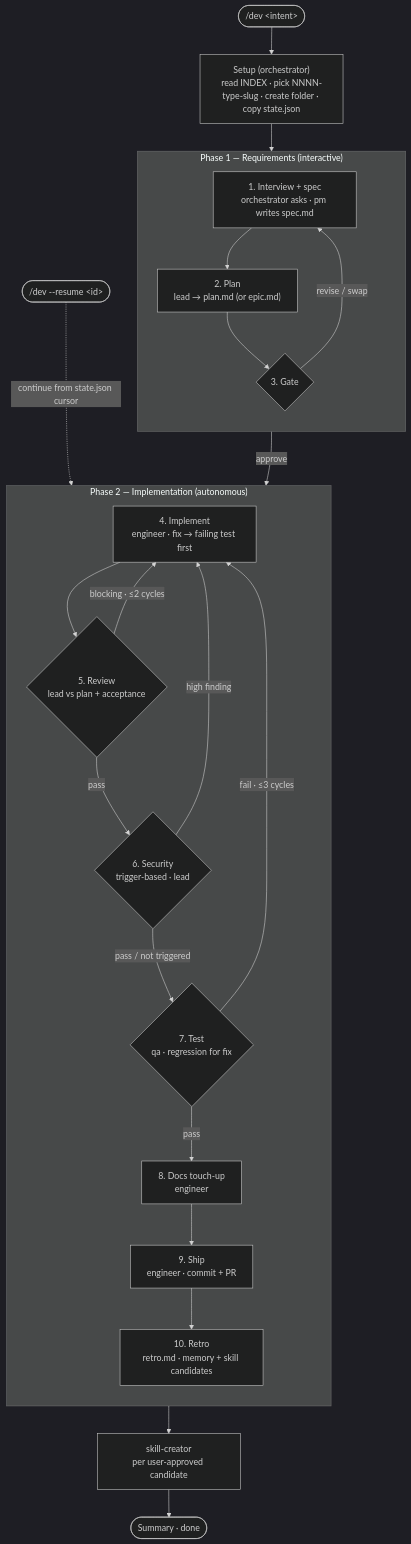
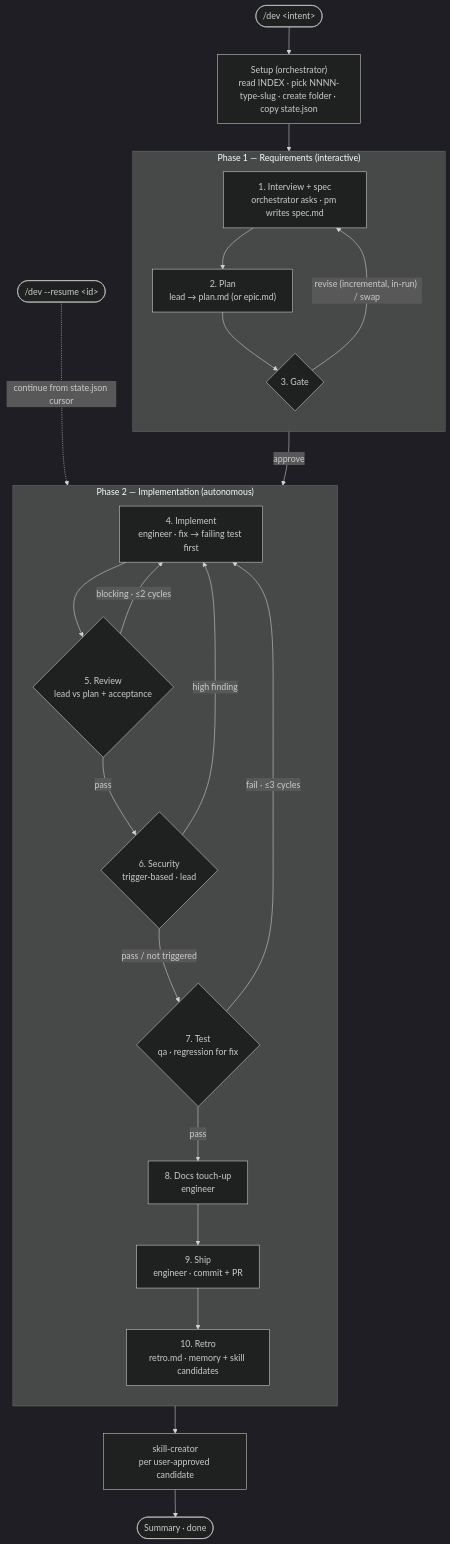
One commit to Maximumsoft-Co-LTD/claude-foundation changed the diagram in WORKFLOW.md. Above: the diagram before and after it, drawn with Mermaid (dark theme). The commit also changed other lines of this file and 37 other files, not shown here.

````diff
--- a/WORKFLOW.md
+++ b/WORKFLOW.md
@@ -11,40 +11,40 @@
 ```mermaid
 flowchart TD
     Start(["/dev &lt;intent&gt;"]) --> Setup["Setup (orchestrator)<br/>read INDEX · pick NNNN-type-slug · create folder · copy state.json"]
 
     subgraph P1["Phase 1 — Requirements (interactive)"]
         direction TB
         S1["1. Interview + spec<br/>orchestrator asks · pm writes spec.md"]
         S2["2. Plan<br/>lead → plan.md (or epic.md)"]
         S3{"3. Gate"}
         S1 --> S2 --> S3
     end
 
     Setup --> S1
-    S3 -- "revise / swap" --> S1
+    S3 -- "revise (incremental, in-run) / swap" --> S1
     S3 -- "approve" --> S4
 
     subgraph P2["Phase 2 — Implementation (autonomous)"]
         direction TB
         S4["4. Implement<br/>engineer · fix → failing test first"]
         S5{"5. Review<br/>lead vs plan + acceptance"}
         S6{"6. Security<br/>trigger-based · lead"}
         S7{"7. Test<br/>qa · regression for fix"}
         S8["8. Docs touch-up<br/>engineer"]
         S9["9. Ship<br/>engineer · commit + PR"]
         S10["10. Retro<br/>retro.md · memory + skill candidates"]
         S4 --> S5
         S5 -- "pass" --> S6
         S6 -- "pass / not triggered" --> S7
         S7 -- "pass" --> S8 --> S9 --> S10
     end
 
     S5 -- "blocking · ≤2 cycles" --> S4
     S6 -- "high finding" --> S4
     S7 -- "fail · ≤3 cycles" --> S4
 
     S10 --> Skill["skill-creator<br/>per user-approved candidate"]
     Skill --> Done(["Summary · done"])
 
     Resume(["/dev --resume &lt;id&gt;"]) -. "continue from state.json cursor" .-> P2
 ```
````
